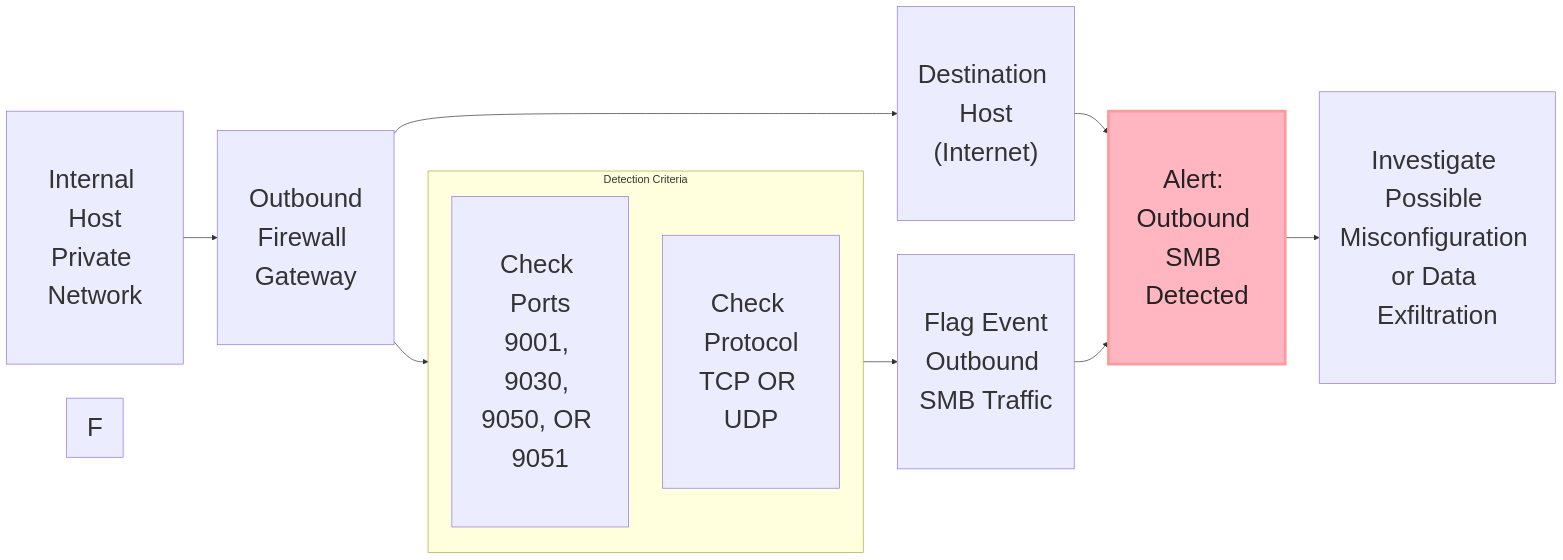
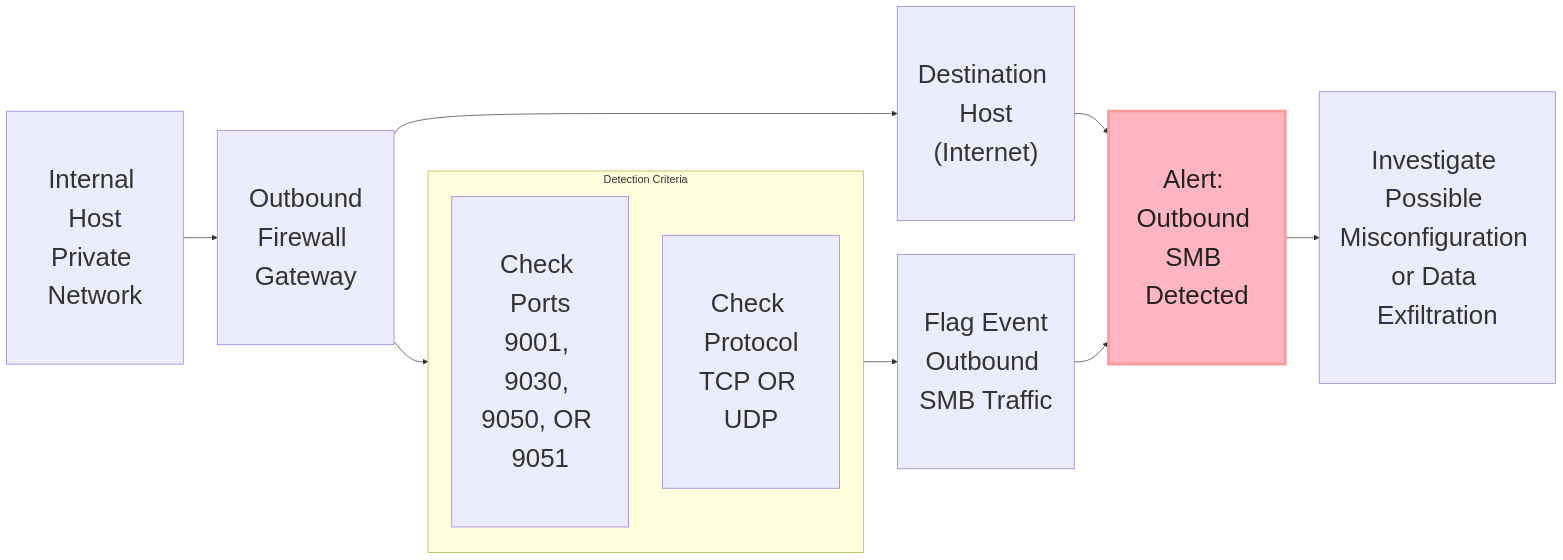
The second of 2 diagrams in Cisco-Meraki-MX-Firewall.md (gcastill0/project-07-SIEM-Detections), drawn with Mermaid before and after one commit.

Commit message:
Updating Meraki

````diff
--- a/Cisco-Meraki-MX-Firewall.md
+++ b/Cisco-Meraki-MX-Firewall.md
@@ -92,28 +92,27 @@
 ```mermaid
 flowchart LR
  subgraph SB["Detection Criteria"]
         E["<br>Check Ports<br>9001, 9030, 9050, OR 9051<br><br>"]
         D["<br>Check Protocol<br>TCP OR UDP<br><br>"]
   end
   
     A["<br>Internal Host<br>Private Network<br><br>"]
     B["<br>Outbound<br>Firewall Gateway<br><br>"]
     C["<br>Destination Host<br>(Internet)<br><br>"]
     A --> B
     B --> C
     C --> H
     B --> SB
     SB --> G["<br>Flag Event<br>Outbound SMB Traffic<br><br>"]
     G --> H["<br>Alert: Outbound SMB Detected<br><br>"]
     H --> I["<br>Investigate Possible Misconfiguration or Data Exfiltration<br><br>"]
 
     style A font-size:2.4ch;
     style B font-size:2.4ch;
     style C font-size:2.4ch;
     style D font-size:2.4ch;
     style E font-size:2.4ch;
-    style F font-size:2.4ch;
     style G font-size:2.4ch;
     style H font-size:2.4ch, stroke:#FF9A9A, stroke-width:4px, color:#222222, fill:lightpink;
     style I font-size:2.4ch;
 ```
````
